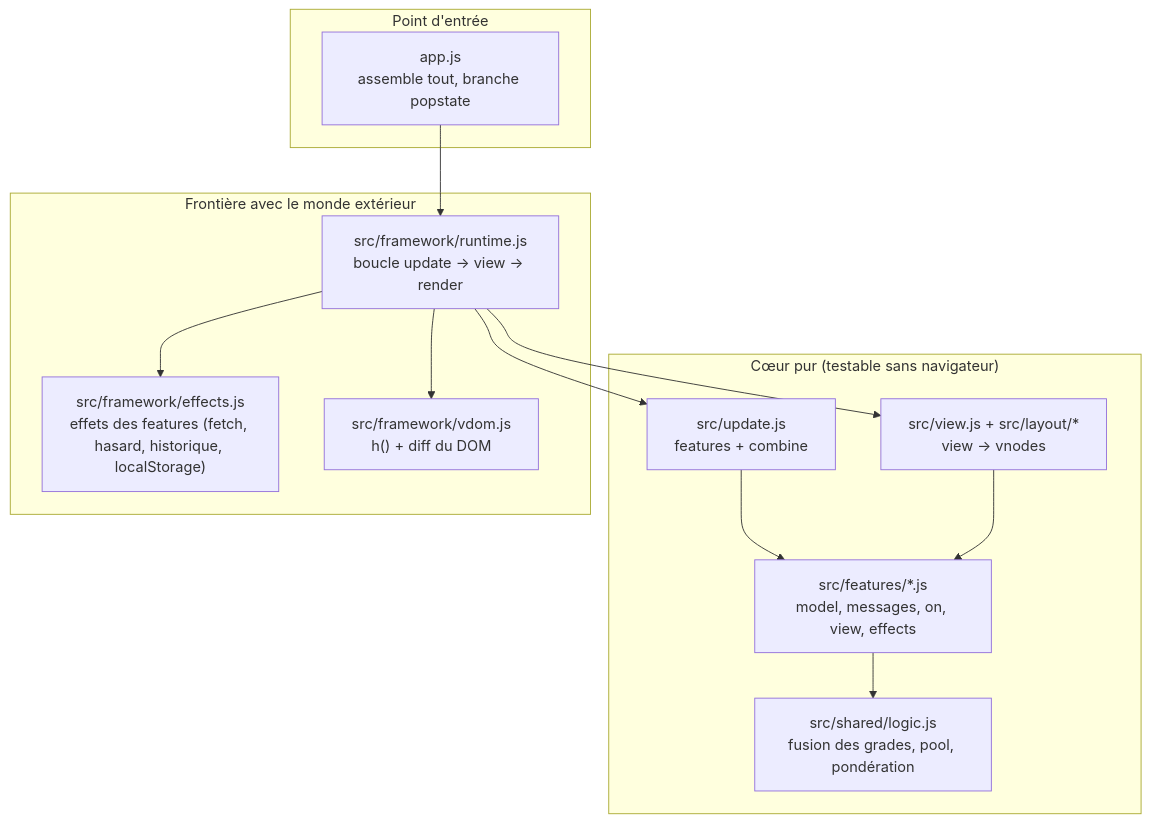
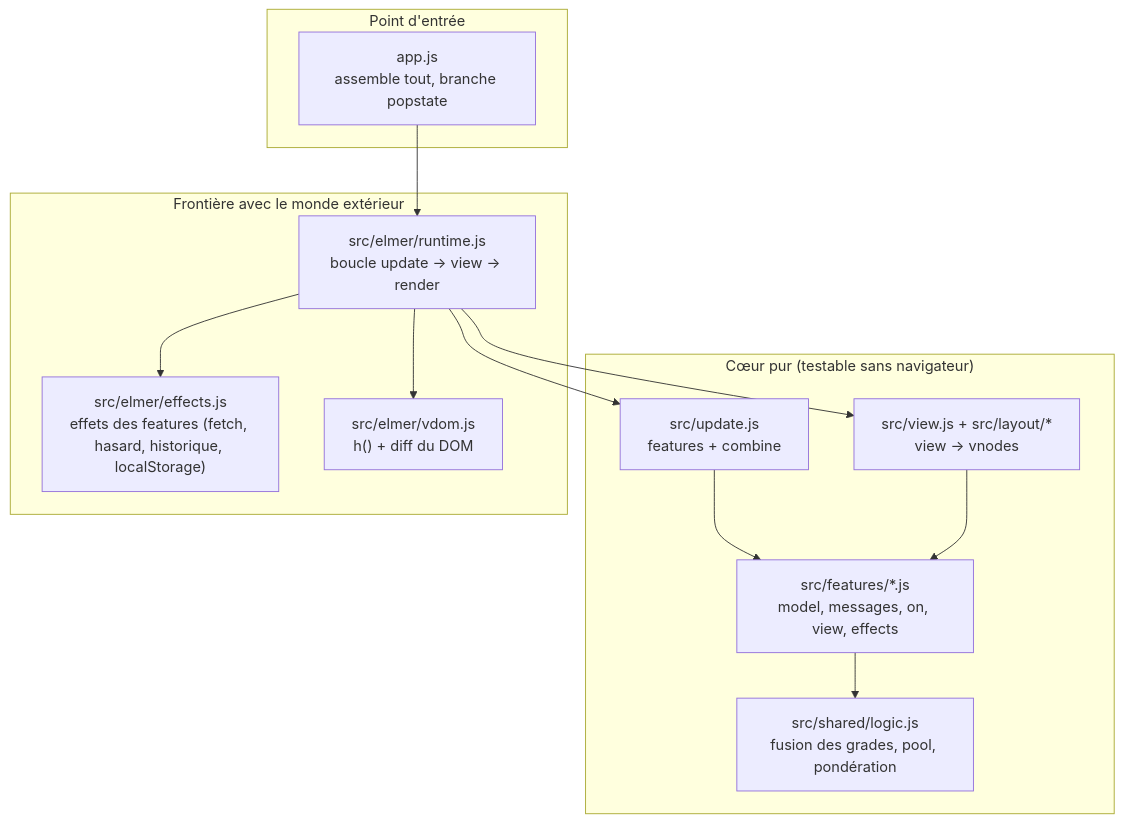
One commit to devsigner/aikido-trainer changed the second of 6 diagrams in README.md. Above: the diagram before and after it, drawn with Mermaid. The commit also changed other lines of this file and 28 other files, not shown here.

Commit message:
Rename src/framework to src/elmer (v.64)

````diff
--- a/README.md
+++ b/README.md
@@ -124,25 +124,25 @@
 ```mermaid
 flowchart TB
     subgraph entry["Point d'entrée"]
         APP["app.js<br/>assemble tout, branche popstate"]
     end
     subgraph pure["Cœur pur (testable sans navigateur)"]
         UPD["src/update.js<br/>features + combine"]
         FEAT["src/features/*.js<br/>model, messages, on, view, effects"]
         VIEW["src/view.js + src/layout/*<br/>view → vnodes"]
         LOG["src/shared/logic.js<br/>fusion des grades, pool, pondération"]
     end
     subgraph impure["Frontière avec le monde extérieur"]
-        RUN["src/framework/runtime.js<br/>boucle update → view → render"]
-        EFF["src/framework/effects.js<br/>effets des features (fetch, hasard, historique, localStorage)"]
-        VDOM["src/framework/vdom.js<br/>h() + diff du DOM"]
+        RUN["src/elmer/runtime.js<br/>boucle update → view → render"]
+        EFF["src/elmer/effects.js<br/>effets des features (fetch, hasard, historique, localStorage)"]
+        VDOM["src/elmer/vdom.js<br/>h() + diff du DOM"]
     end
     APP --> RUN
     RUN --> UPD
     RUN --> VIEW
     RUN --> EFF
     RUN --> VDOM
     UPD --> FEAT
     FEAT --> LOG
     VIEW --> FEAT
 ```
````
